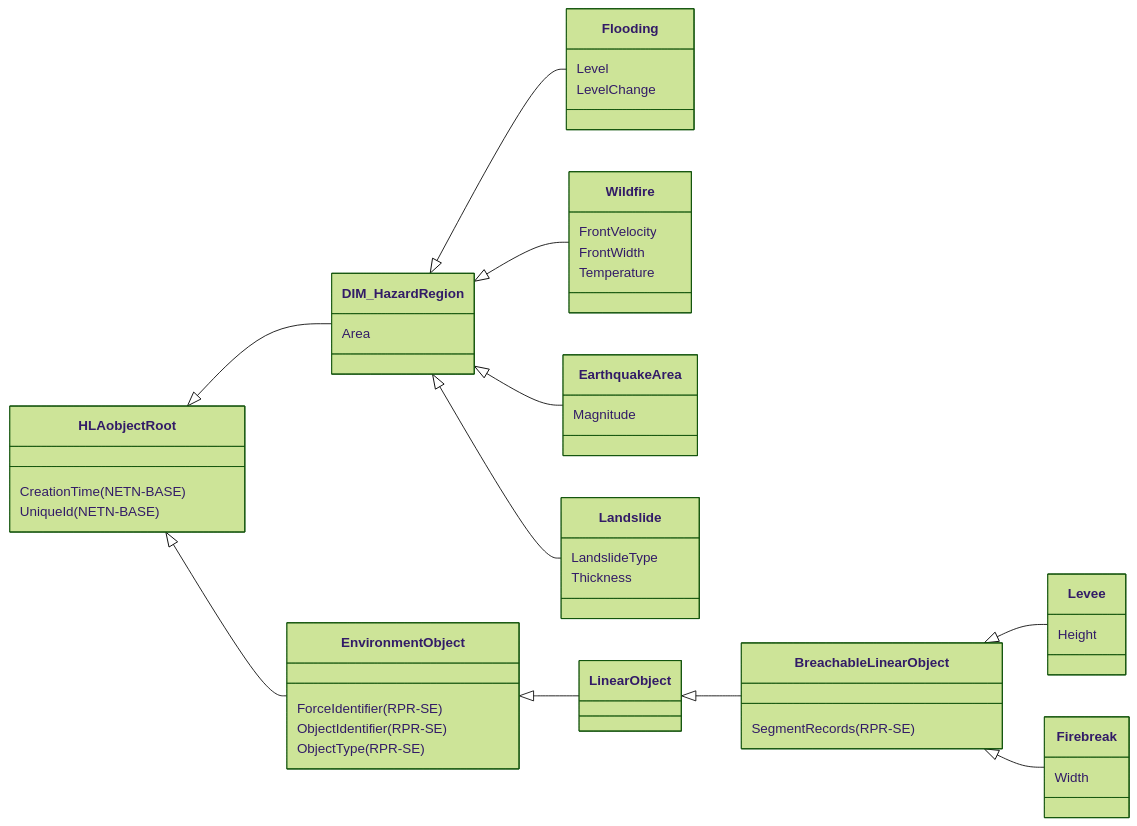
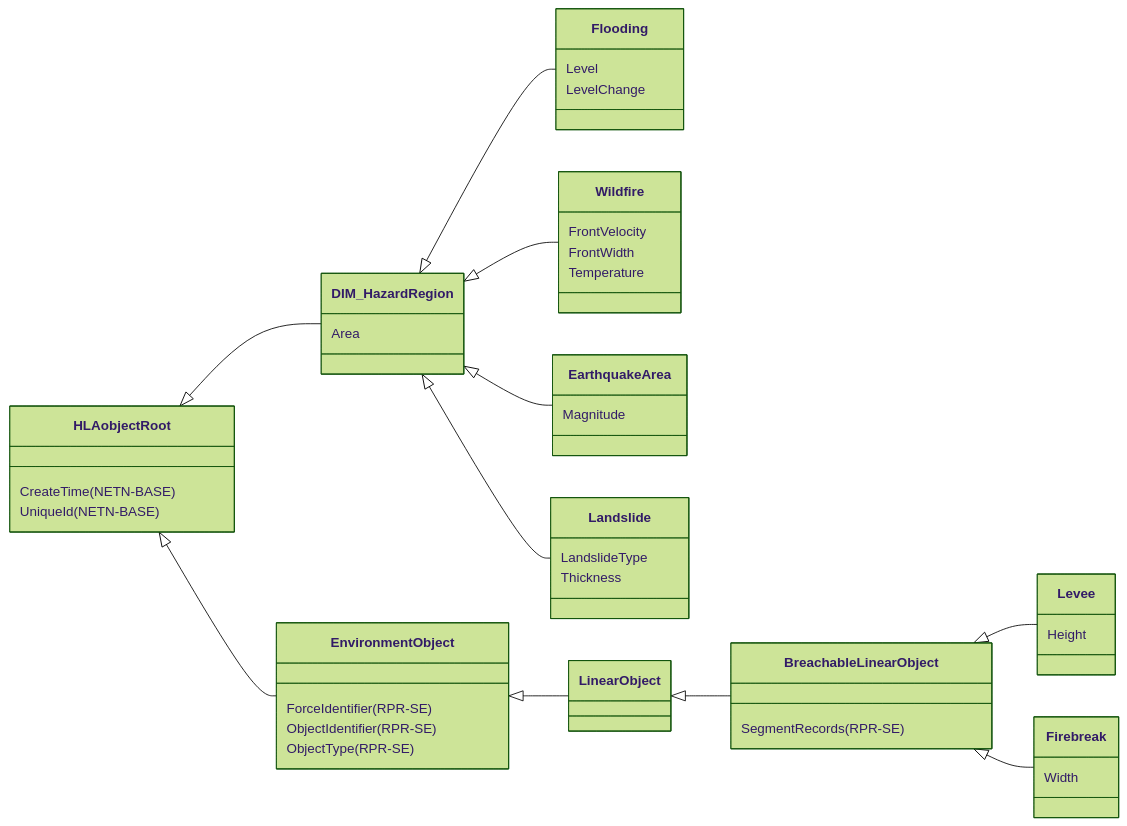
The fifth of 6 diagrams in NETN-DIM.md (AMSP-04/NETN-DIM), drawn with Mermaid (forest theme) before and after one commit. The commit also changed other lines of this file and 3 other files, not shown here.

````diff
--- a/NETN-DIM.md
+++ b/NETN-DIM.md
@@ -19,32 +116,32 @@
 ```mermaid
 classDiagram 
 direction LR
 
 HLAobjectRoot <|-- DIM_HazardRegion
 HLAobjectRoot <|-- EnvironmentObject
-HLAobjectRoot : CreationTime(NETN-BASE)
+HLAobjectRoot : CreateTime(NETN-BASE)
 HLAobjectRoot : UniqueId(NETN-BASE)
 DIM_HazardRegion <|-- Flooding
 DIM_HazardRegion <|-- Wildfire
 DIM_HazardRegion <|-- EarthquakeArea
 DIM_HazardRegion <|-- Landslide
 DIM_HazardRegion : Area
 Flooding : Level
 Flooding : LevelChange
 Wildfire : FrontVelocity
 Wildfire : FrontWidth
 Wildfire : Temperature
 EarthquakeArea : Magnitude
 Landslide : LandslideType
 Landslide : Thickness
 EnvironmentObject <|-- LinearObject
 EnvironmentObject : ForceIdentifier(RPR-SE)
 EnvironmentObject : ObjectIdentifier(RPR-SE)
 EnvironmentObject : ObjectType(RPR-SE)
 LinearObject <|-- BreachableLinearObject
 BreachableLinearObject <|-- Levee
 BreachableLinearObject <|-- Firebreak
 BreachableLinearObject : SegmentRecords(RPR-SE)
 Levee : Height
 Firebreak : Width
 ```
````
